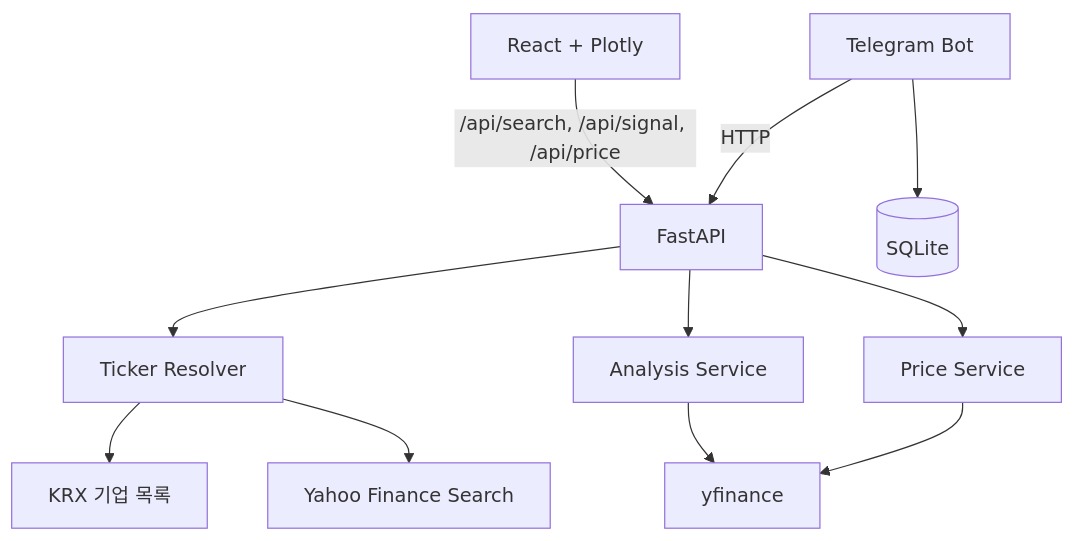
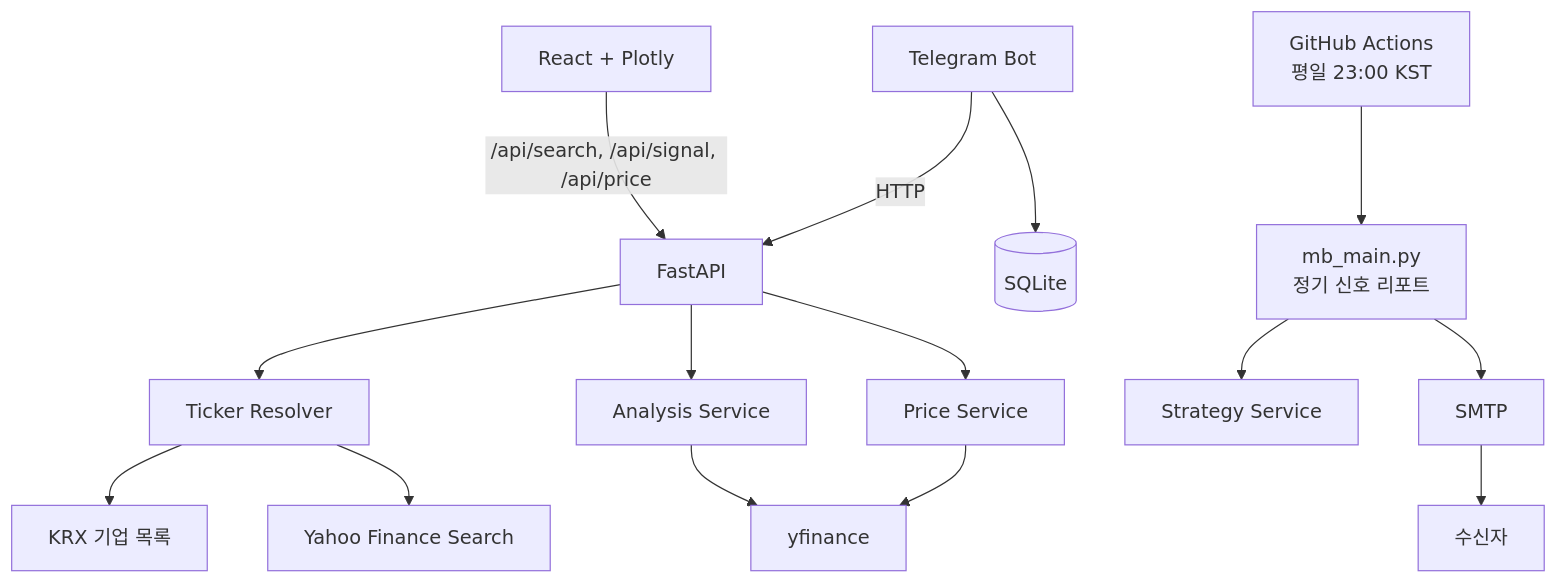
The diagram in docs/architecture.md (internalforces/quant_al), drawn with Mermaid before and after one commit. The commit also changed other lines of this file and 7 other files, not shown here.

````diff
--- a/docs/architecture.md
+++ b/docs/architecture.md
@@ -5,13 +5,17 @@
 ```mermaid
 flowchart TB
     FE["React + Plotly"] -->|"/api/search, /api/signal, /api/price"| API["FastAPI"]
     BOT["Telegram Bot"] -->|"HTTP"| API
     API --> RES["Ticker Resolver"]
     API --> ANALYSIS["Analysis Service"]
     API --> PRICE["Price Service"]
     RES --> KRX["KRX 기업 목록"]
     RES --> YSEARCH["Yahoo Finance Search"]
     ANALYSIS --> YF["yfinance"]
     PRICE --> YF
     BOT --> ALIAS[("SQLite")]
+    SCHEDULE["GitHub Actions\n평일 23:00 KST"] --> REPORT["mb_main.py\n정기 신호 리포트"]
+    REPORT --> STRATEGY["Strategy Service"]
+    REPORT --> SMTP["SMTP"]
+    SMTP --> RECIPIENTS["수신자"]
 ```
````
